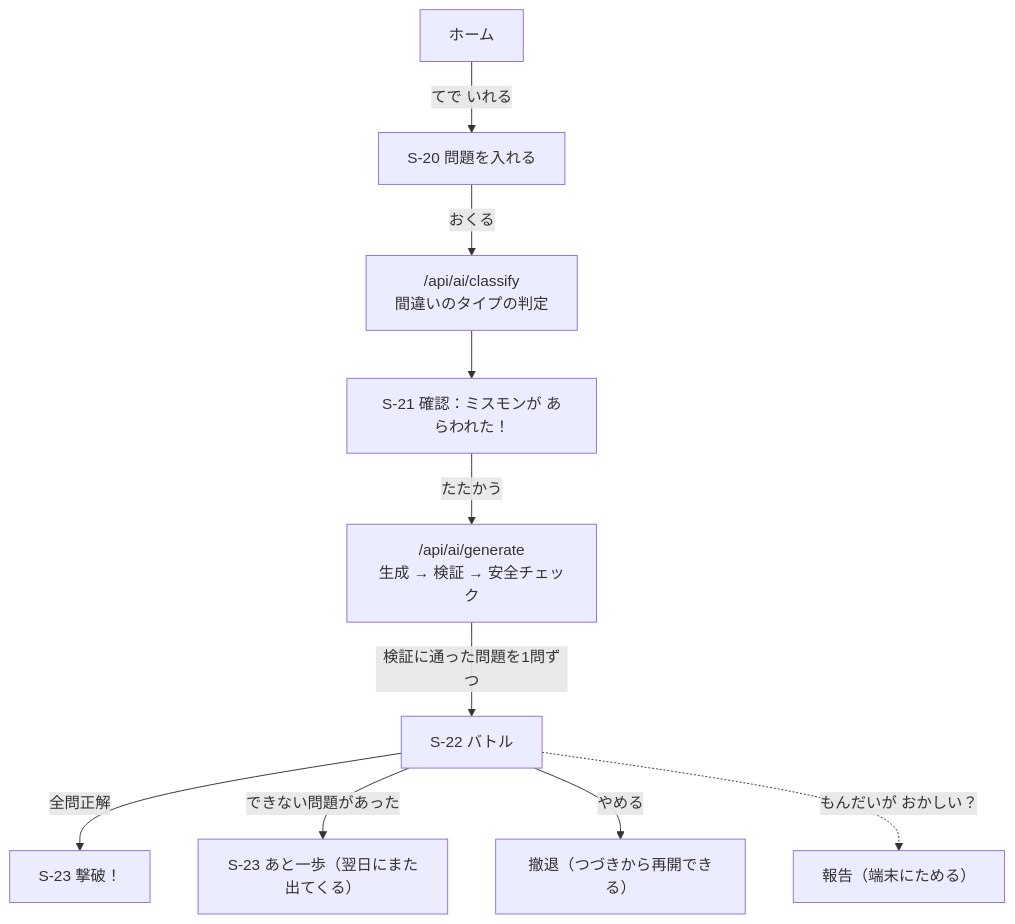
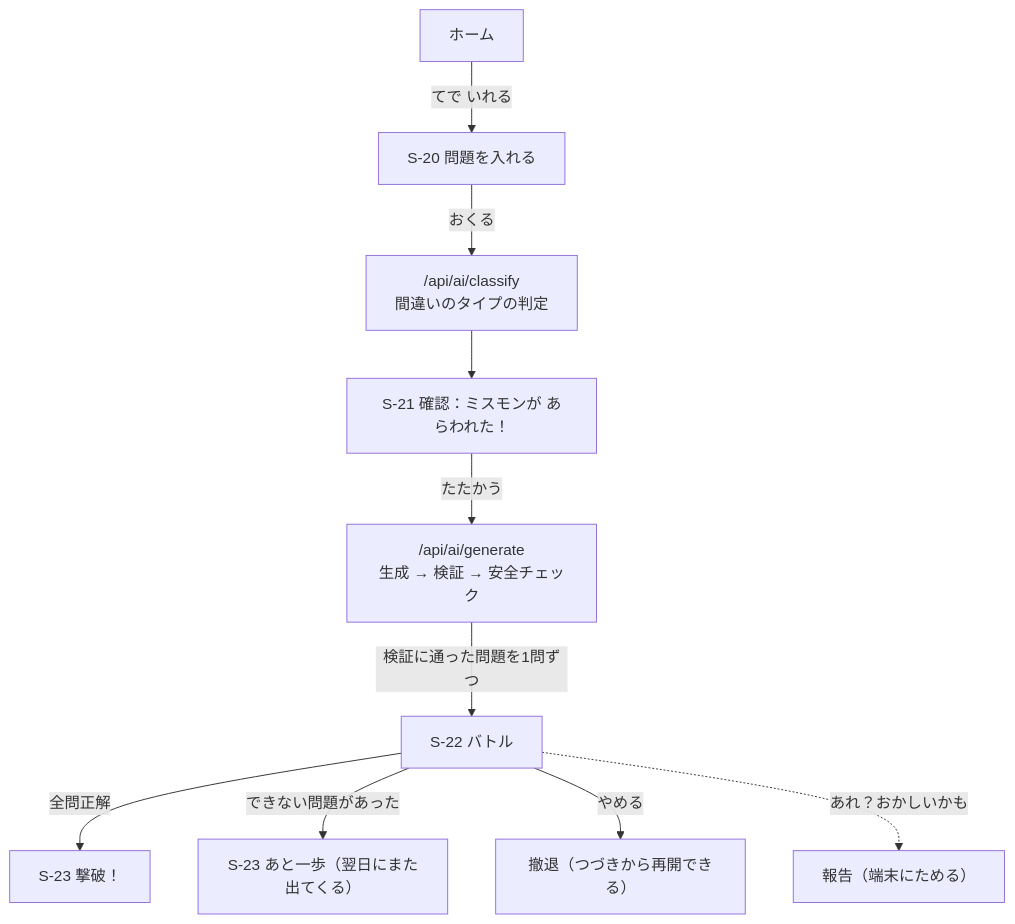
Before and after one commit to norihiko-takahashi/kaeriuchi: the diagram in aidlc-docs/construction/u4-u5-problems-battle/functional-design/business-logic-model.md, drawn with Mermaid. The commit also changed other lines of this file and 4 other files, not shown here.

````diff
--- a/aidlc-docs/construction/u4-u5-problems-battle/functional-design/business-logic-model.md
+++ b/aidlc-docs/construction/u4-u5-problems-battle/functional-design/business-logic-model.md
@@ -9,12 +9,12 @@
 ```mermaid
 flowchart TD
   H[ホーム] -->|てで いれる| M[S-20 問題を入れる]
   M -->|おくる| A["/api/ai/classify<br/>間違いのタイプの判定"]
   A --> C[S-21 確認：ミスモンが あらわれた！]
   C -->|たたかう| G["/api/ai/generate<br/>生成 → 検証 → 安全チェック"]
   G -->|検証に通った問題を1問ずつ| B[S-22 バトル]
   B -->|全問正解| W[S-23 撃破！]
   B -->|できない問題があった| N[S-23 あと一歩（翌日にまた出てくる）]
   B -->|やめる| R[撤退（つづきから再開できる）]
-  B -.->|もんだいが おかしい？| P[報告（端末にためる）]
+  B -.->|あれ？おかしいかも| P[報告（端末にためる）]
 ```
````
